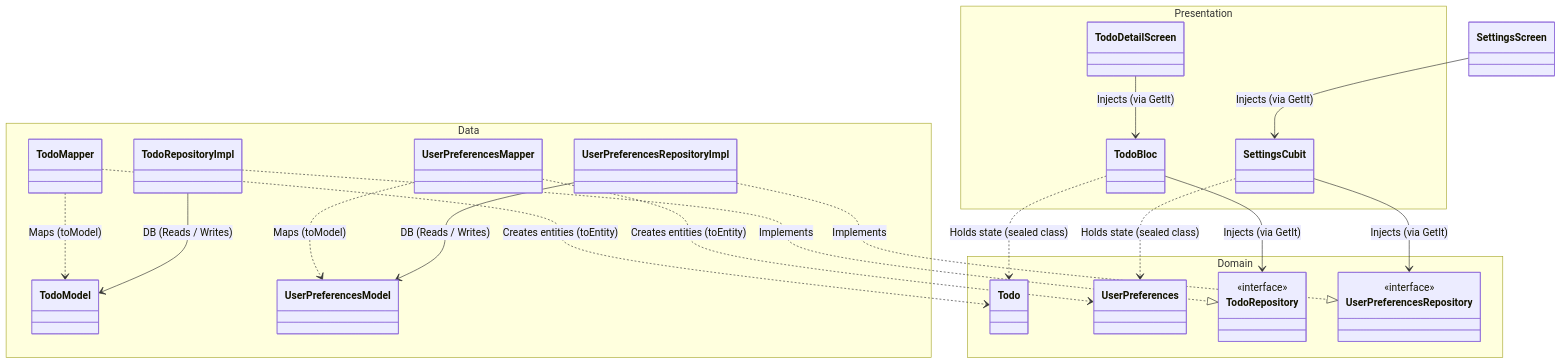
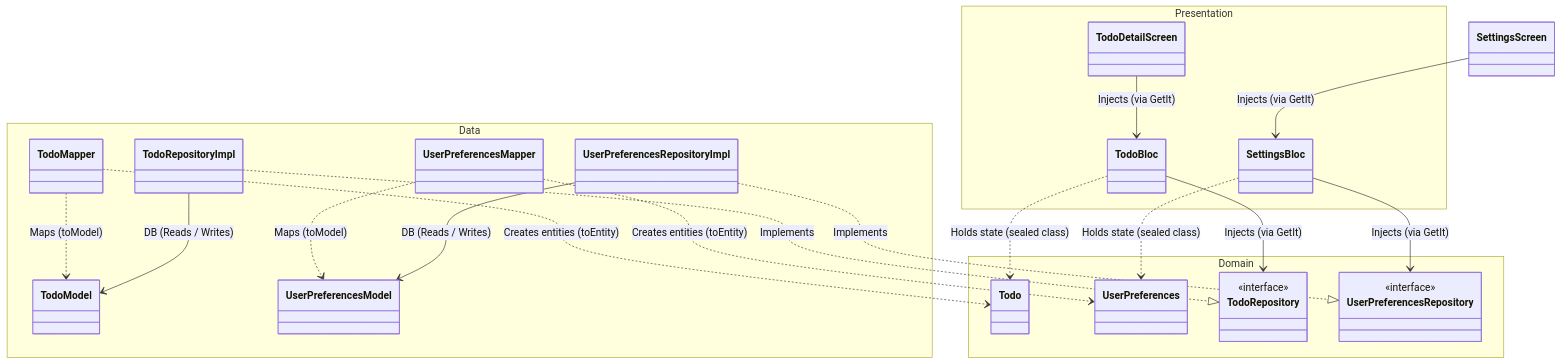
One commit to EKER-Studio/flutter_bloc_template changed the first of 2 diagrams in README.md. Above: the diagram before and after it, drawn with Mermaid. The commit also changed other lines of this file and 21 other files, not shown here.

Commit message:
refactor(architecture): achieve 100% BLoC purism and fix l10n synthetic generation hygiene

````diff
--- a/README.md
+++ b/README.md
@@ -119,50 +119,50 @@
 ```mermaid
 classDiagram
     %% Presentation Layer
     namespace Presentation {
         class TodoDetailScreen
         class TodoBloc
-        class SettingsCubit
+        class SettingsBloc
     }
 
     %% Data Layer
     namespace Data {
         class TodoRepositoryImpl
         class UserPreferencesRepositoryImpl
         class TodoModel
         class UserPreferencesModel
         class TodoMapper
         class UserPreferencesMapper
     }
 
     %% Domain Layer (Center)
     namespace Domain {
         class Todo
         class UserPreferences
         class TodoRepository {
             <<interface>>
         }
         class UserPreferencesRepository {
             <<interface>>
         }
     }
 
-    %% Dependencies UI -> Bloc/Cubit -> Domain
+    %% Dependencies UI -> Bloc -> Domain
     TodoDetailScreen --> TodoBloc : Injects (via GetIt)
     TodoBloc --> TodoRepository : Injects (via GetIt)
     TodoBloc ..> Todo : Holds state (sealed class)
 
-    SettingsScreen --> SettingsCubit : Injects (via GetIt)
-    SettingsCubit --> UserPreferencesRepository : Injects (via GetIt)
-    SettingsCubit ..> UserPreferences : Holds state (sealed class)
+    SettingsScreen --> SettingsBloc : Injects (via GetIt)
+    SettingsBloc --> UserPreferencesRepository : Injects (via GetIt)
+    SettingsBloc ..> UserPreferences : Holds state (sealed class)
 
     %% Dependencies Data -> Domain
     TodoRepositoryImpl ..|> TodoRepository : Implements
     UserPreferencesRepositoryImpl ..|> UserPreferencesRepository : Implements
     TodoMapper ..> Todo : Creates entities (toEntity)
     TodoMapper ..> TodoModel : Maps (toModel)
     UserPreferencesMapper ..> UserPreferences : Creates entities (toEntity)
     UserPreferencesMapper ..> UserPreferencesModel : Maps (toModel)
     TodoRepositoryImpl --> TodoModel : DB (Reads / Writes)
     UserPreferencesRepositoryImpl --> UserPreferencesModel : DB (Reads / Writes)
 ```
````
